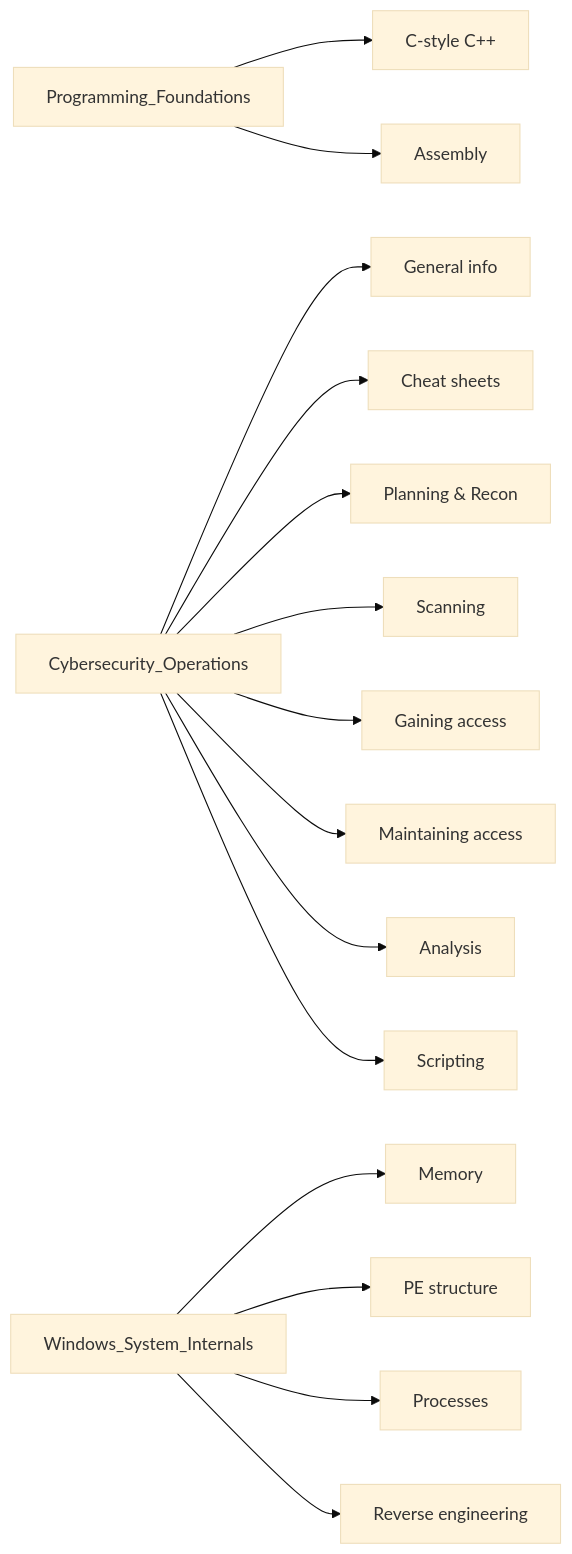
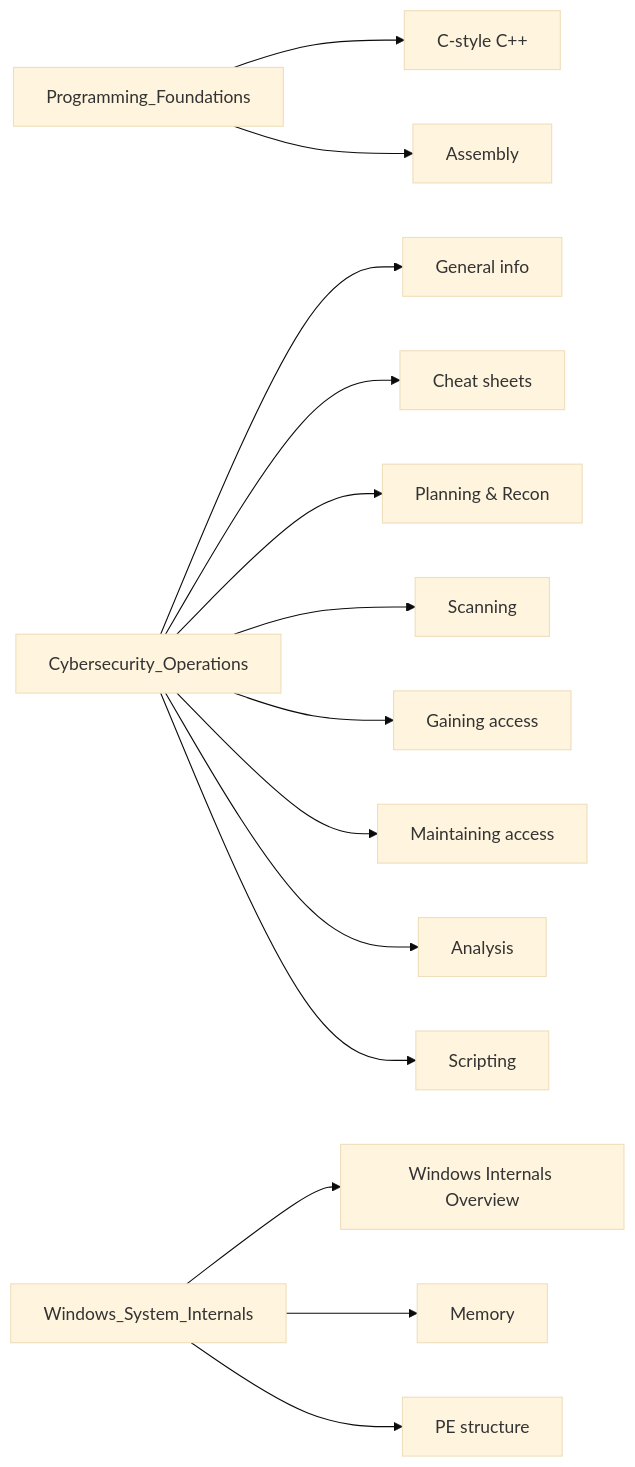
The second of 2 diagrams in readme.md (grimy86/CCI25), drawn with Mermaid (base theme) before and after one commit. The commit also changed other lines of this file and 5 other files, not shown here.

````diff
--- a/readme.md
+++ b/readme.md
@@ -28,19 +29,18 @@
 ```mermaid
 graph LR;
 	Programming_Foundations --> cpp[C-style C++]
 	Programming_Foundations --> Assembly
 	
     Cybersecurity_Operations --> gen[General info]
     Cybersecurity_Operations --> cs[Cheat sheets]
     Cybersecurity_Operations --> prc[Planning & Recon]
     Cybersecurity_Operations --> Scanning
     Cybersecurity_Operations --> ga[Gaining access]
     Cybersecurity_Operations --> ma[Maintaining access]
     Cybersecurity_Operations --> Analysis
     Cybersecurity_Operations --> Scripting
 
+    Windows_System_Internals --> WI[Windows Internals Overview]
     Windows_System_Internals --> Mem[Memory]
     Windows_System_Internals --> PE[PE structure]
-    Windows_System_Internals --> Processes
-    Windows_System_Internals --> RE[Reverse engineering]
 ```
````
